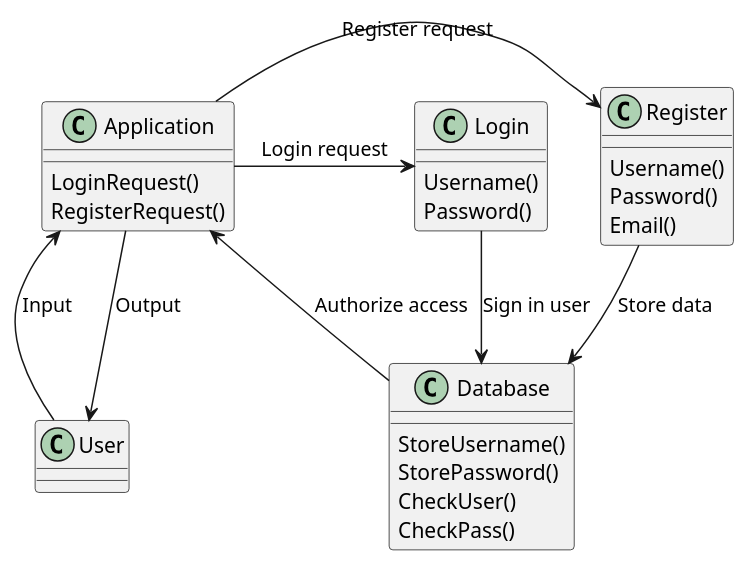
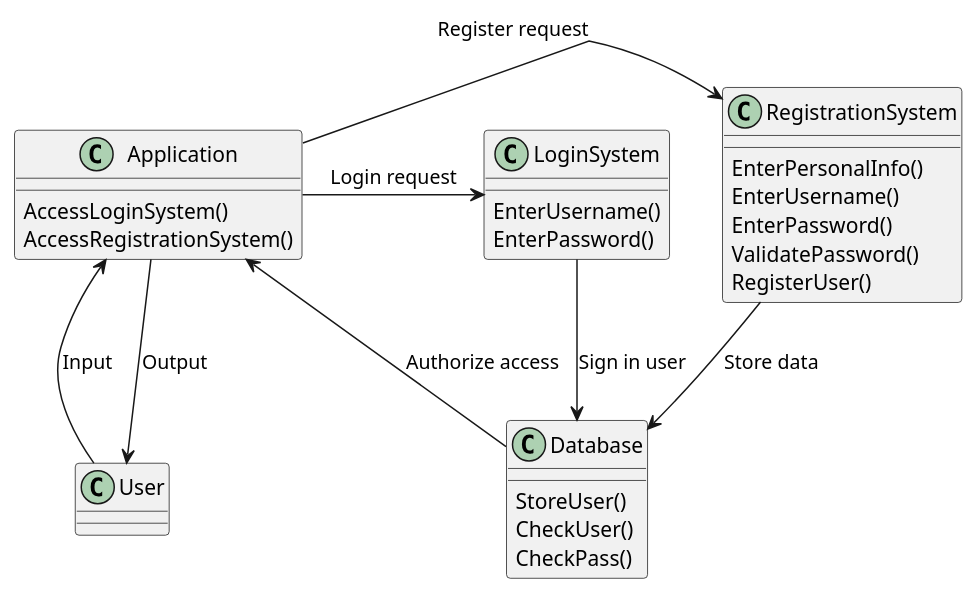
Before and after one commit to ECCE336-100053463/ECCE-336-Project: the diagram in Class Diagrams/Login Class Diagram.puml, drawn with PlantUML. The commit also changed 1 other file, not shown here.

Commit message:
Edited Class Diagrams

```diff
--- a/Class Diagrams/Login Class Diagram.puml
+++ b/Class Diagrams/Login Class Diagram.puml
@@ -1,36 +1,37 @@
 @startuml
 
 class Application {
-    LoginRequest()
-    RegisterRequest()
+    AccessLoginSystem()
+    AccessRegistrationSystem()
 }
-class Register
+class RegistrationSystem
 {
-    Username()
-    Password()
-    Email()
+    EnterPersonalInfo()
+    EnterUsername()
+    EnterPassword()
+    ValidatePassword()
+    RegisterUser()
 
 }
-class Login {
-Username()
-Password()
+class LoginSystem {
+EnterUsername()
+EnterPassword()
 }
 
 class Database{
-StoreUsername()
-StorePassword()
+StoreUser()
 CheckUser()
 CheckPass()
 }
 
 
 
-Login -d-> Database : Sign in user
-Register -d-> Database : Store data
+LoginSystem -d-> Database : Sign in user
+RegistrationSystem -d-> Database : Store data
 Database -> Application : Authorize access
-Application -> Register : Register request
-Application -> Login : Login request
+Application -> RegistrationSystem : Register request
+Application -> LoginSystem : Login request
 User -u-> Application : Input
 Application -d-> User : Output
 
 @enduml
```
